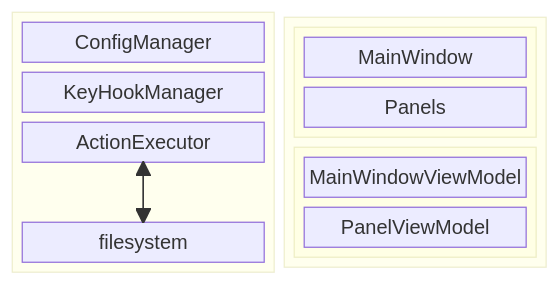
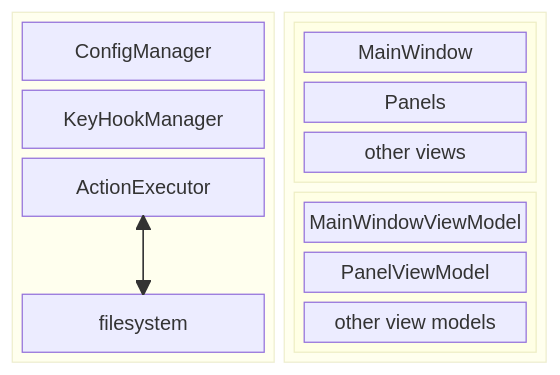
One commit to goldenbull/CatCommander changed the diagram in README.md. Above: the diagram before and after it, drawn with Mermaid. The commit also changed 15 other files, not shown here.

````diff
--- a/README.md
+++ b/README.md
@@ -11,28 +11,30 @@
 ```mermaid
 block
   columns 2
   block:services
     columns 1
     ConfigManager
     KeyHookManager
     ActionExecutor
     space
     filesystem
   end
   block:UI
     columns 1
     block:view:1
       columns 1
       MainWindow
       Panels
+      ov["other views"]
     end
     block:vm:1
       columns 1
       MainWindowViewModel
       PanelViewModel
+      ovm["other view models"]
     end
   end
 
   filesystem --> ActionExecutor
   ActionExecutor --> filesystem
 ```
````
